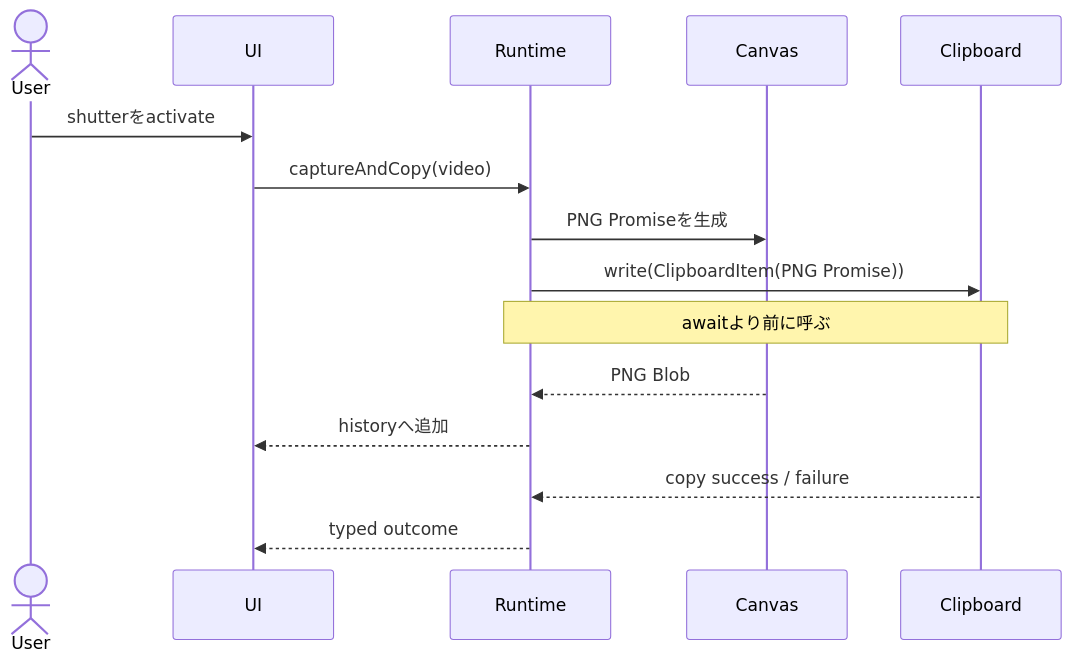
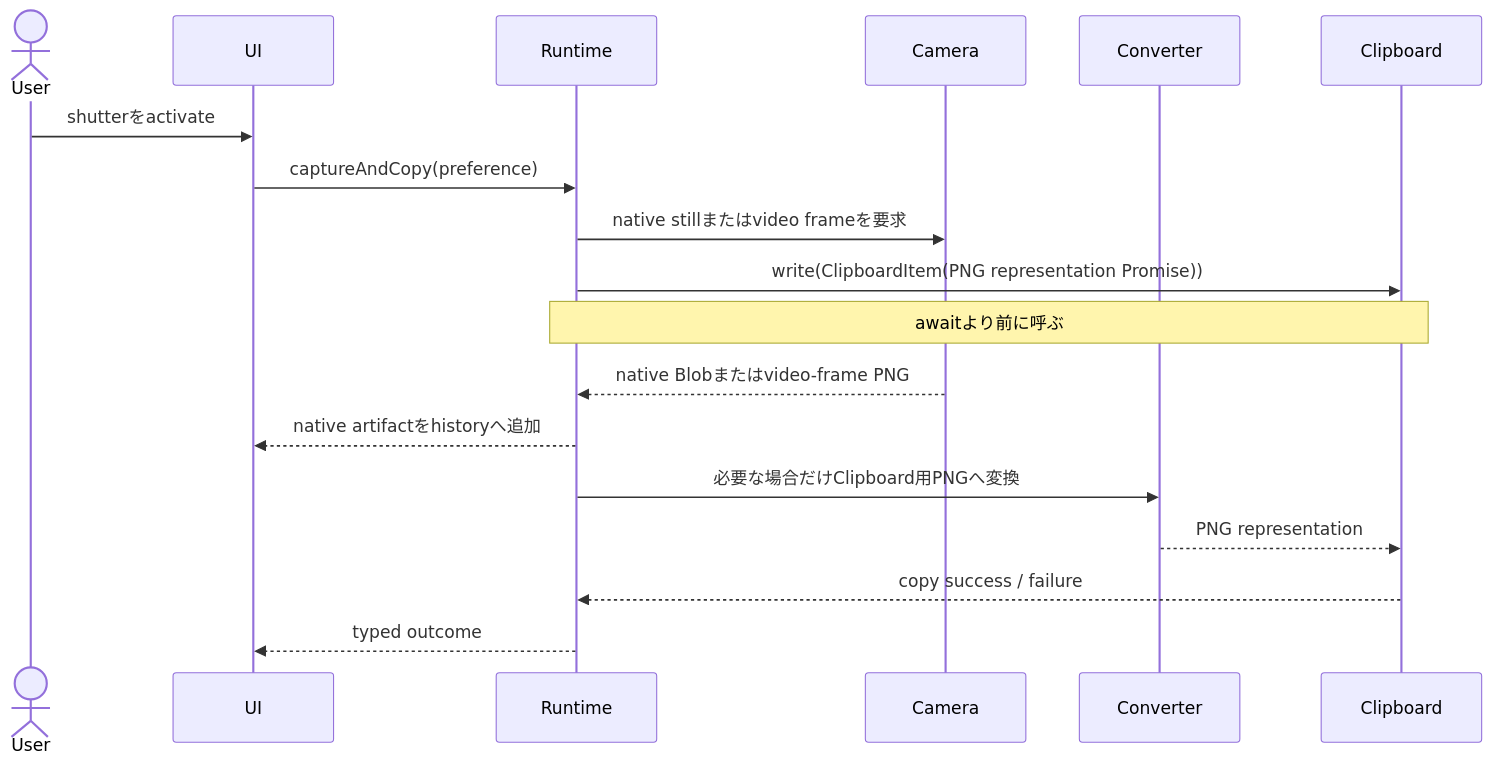
One commit to bem130/webcam-app changed the third of 4 diagrams in docs/design.md. Above: the diagram before and after it, drawn with Mermaid. The commit also changed other lines of this file and 21 other files, not shown here.

Commit message:
feat: complete phase 3 native still capture

````diff
--- a/docs/design.md
+++ b/docs/design.md
@@ -295,17 +297,20 @@
 ```mermaid
 sequenceDiagram
     actor User
     participant UI
     participant Runtime
-    participant Canvas
+    participant Camera
+    participant Converter
     participant Clipboard
     User->>UI: shutterをactivate
-    UI->>Runtime: captureAndCopy(video)
-    Runtime->>Canvas: PNG Promiseを生成
-    Runtime->>Clipboard: write(ClipboardItem(PNG Promise))
+    UI->>Runtime: captureAndCopy(preference)
+    Runtime->>Camera: native stillまたはvideo frameを要求
+    Runtime->>Clipboard: write(ClipboardItem(PNG representation Promise))
     Note over Runtime,Clipboard: awaitより前に呼ぶ
-    Canvas-->>Runtime: PNG Blob
-    Runtime-->>UI: historyへ追加
+    Camera-->>Runtime: native Blobまたはvideo-frame PNG
+    Runtime-->>UI: native artifactをhistoryへ追加
+    Runtime->>Converter: 必要な場合だけClipboard用PNGへ変換
+    Converter-->>Clipboard: PNG representation
     Clipboard-->>Runtime: copy success / failure
     Runtime-->>UI: typed outcome
 ```
````
